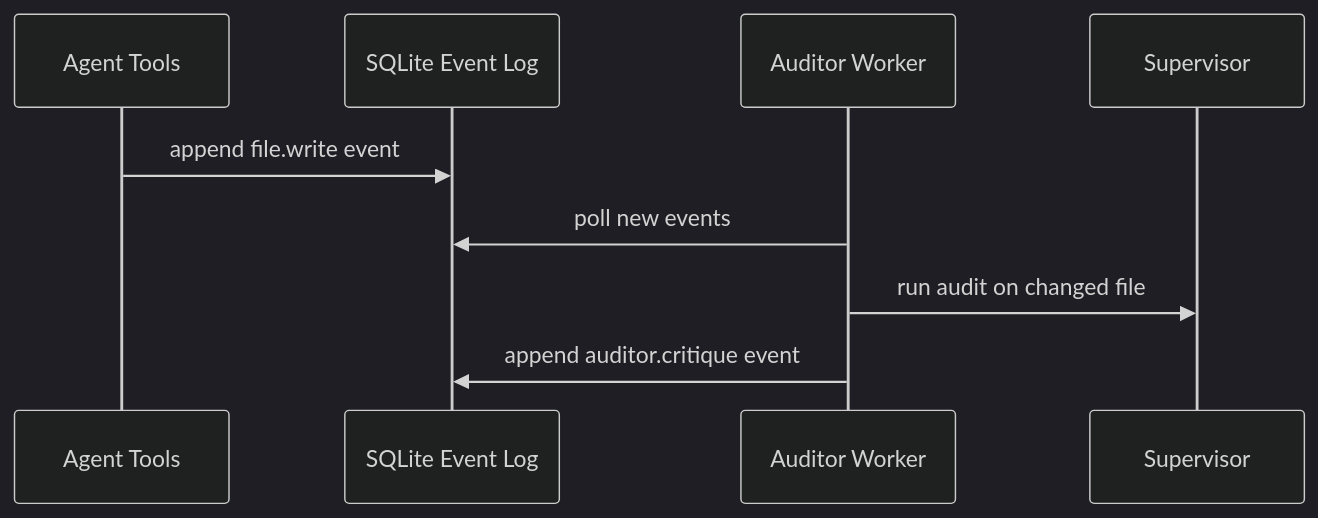
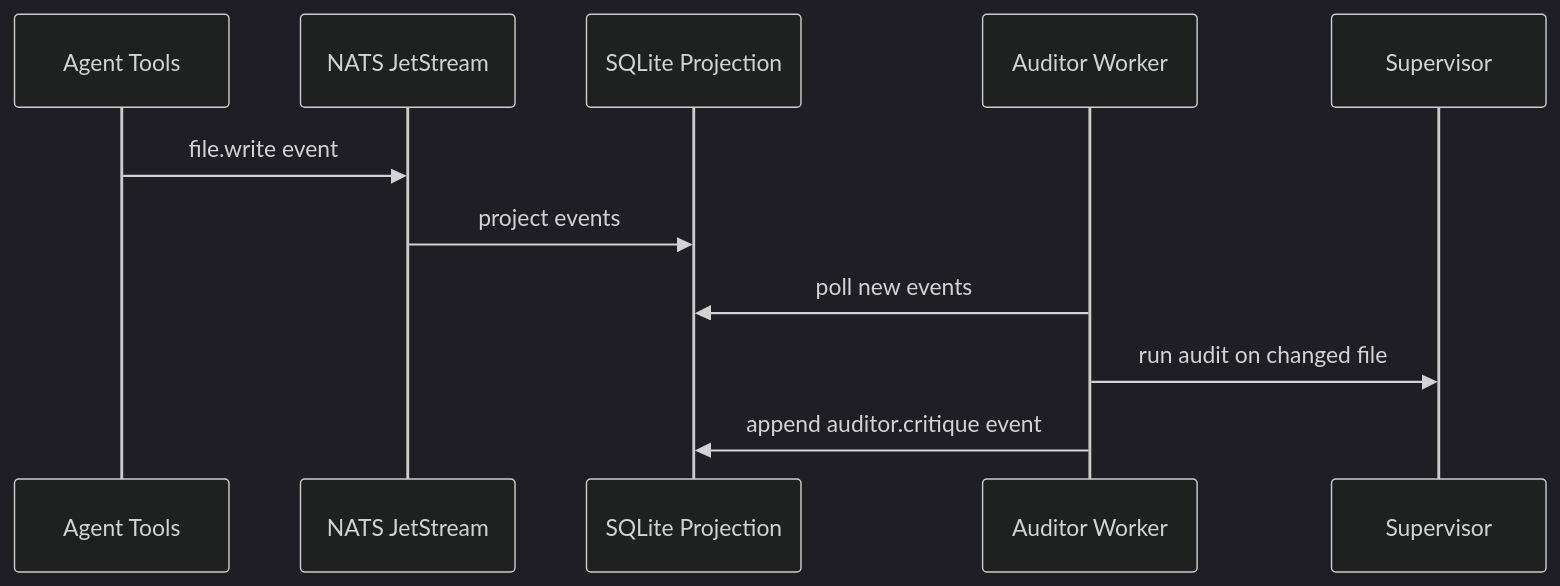
One commit to yusefmosiah/choirOS changed the third of 4 diagrams in docs/current_architecture_jan23.md. Above: the diagram before and after it, drawn with Mermaid (dark theme). The commit also changed other lines of this file and 117 other files, not shown here.

````diff
--- a/docs/current_architecture_jan23.md
+++ b/docs/current_architecture_jan23.md
@@ -70,12 +74,14 @@
 ```mermaid
 sequenceDiagram
     participant Agent as Agent Tools
-    participant DB as SQLite Event Log
+    participant NATS as NATS JetStream
+    participant DB as SQLite Projection
     participant Aud as Auditor Worker
     participant Sup as Supervisor
 
-    Agent->>DB: append file.write event
+    Agent->>NATS: file.write event
+    NATS->>DB: project events
     Aud->>DB: poll new events
     Aud->>Sup: run audit on changed file
     Aud->>DB: append auditor.critique event
 ```
````
